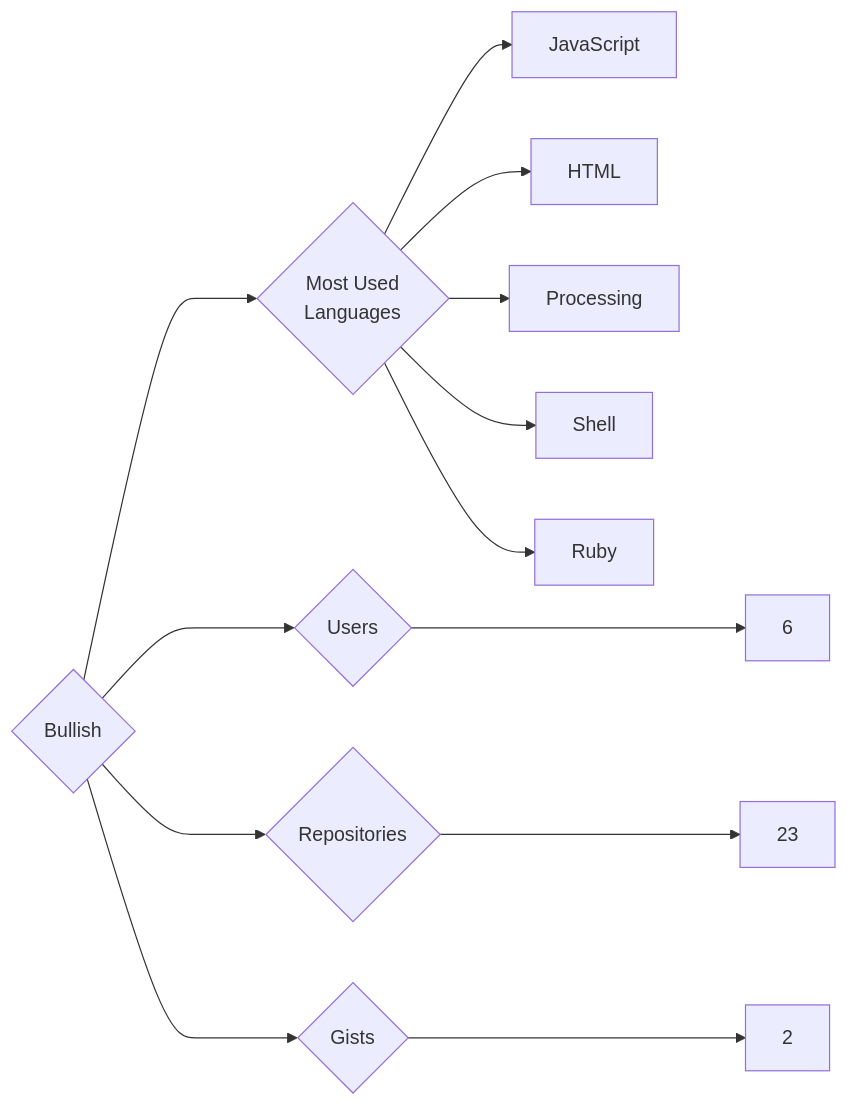
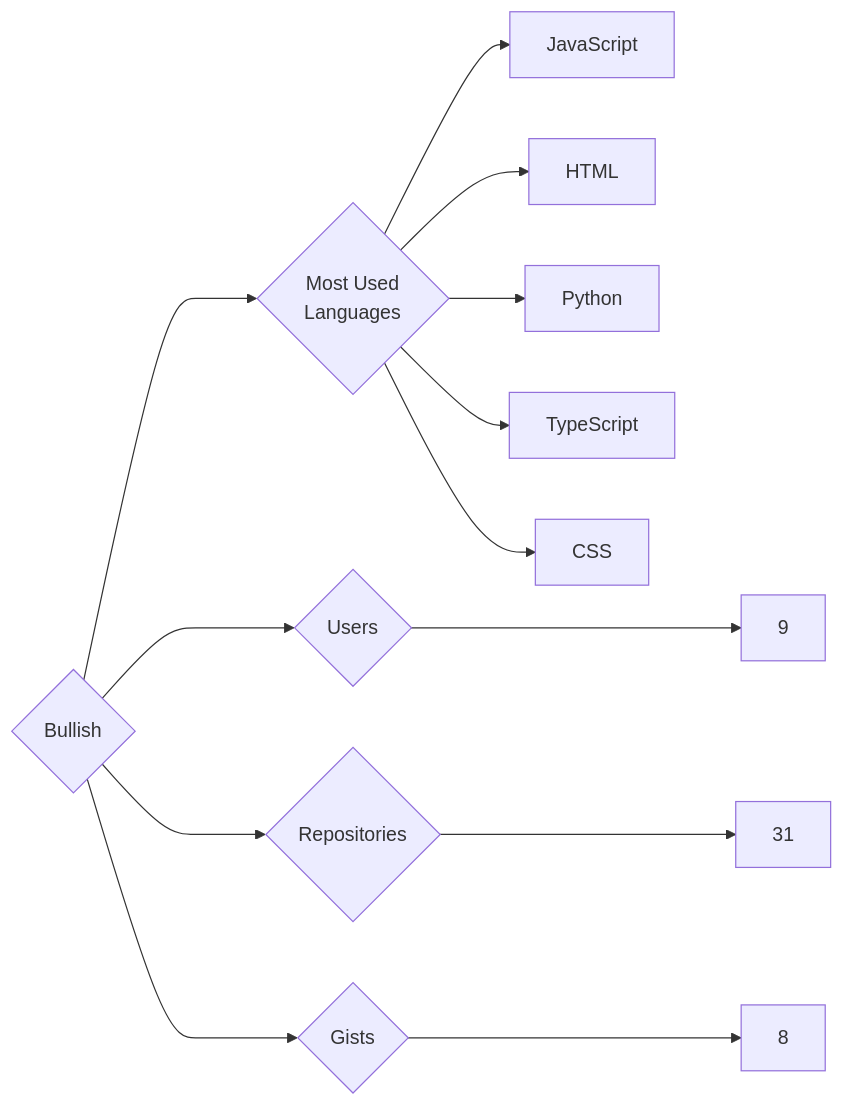
Before and after one commit to trickest/insiders: the diagram in targets/Bullish/README.md, drawn with Mermaid. The commit also changed 682 other files, not shown here.

````diff
--- a/targets/Bullish/README.md
+++ b/targets/Bullish/README.md
@@ -3,13 +3,13 @@
 ```mermaid
 graph LR
 COMPANY_NAME{Bullish}
-COMPANY_NAME ---> U{Users} ---> UN[6]
-COMPANY_NAME ---> R{Repositories} ---> RN[23]
-COMPANY_NAME ---> G{Gists} ---> GN[2]
+COMPANY_NAME ---> U{Users} ---> UN[9]
+COMPANY_NAME ---> R{Repositories} ---> RN[31]
+COMPANY_NAME ---> G{Gists} ---> GN[8]
 COMPANY_NAME ---> ML{Most Used<br>Languages}
 ML --> JavaScript[JavaScript]
 ML --> HTML[HTML]
-ML --> Processing[Processing]
-ML --> Shell[Shell]
-ML --> Ruby[Ruby]
+ML --> Python[Python]
+ML --> TypeScript[TypeScript]
+ML --> CSS[CSS]
 ```
````
